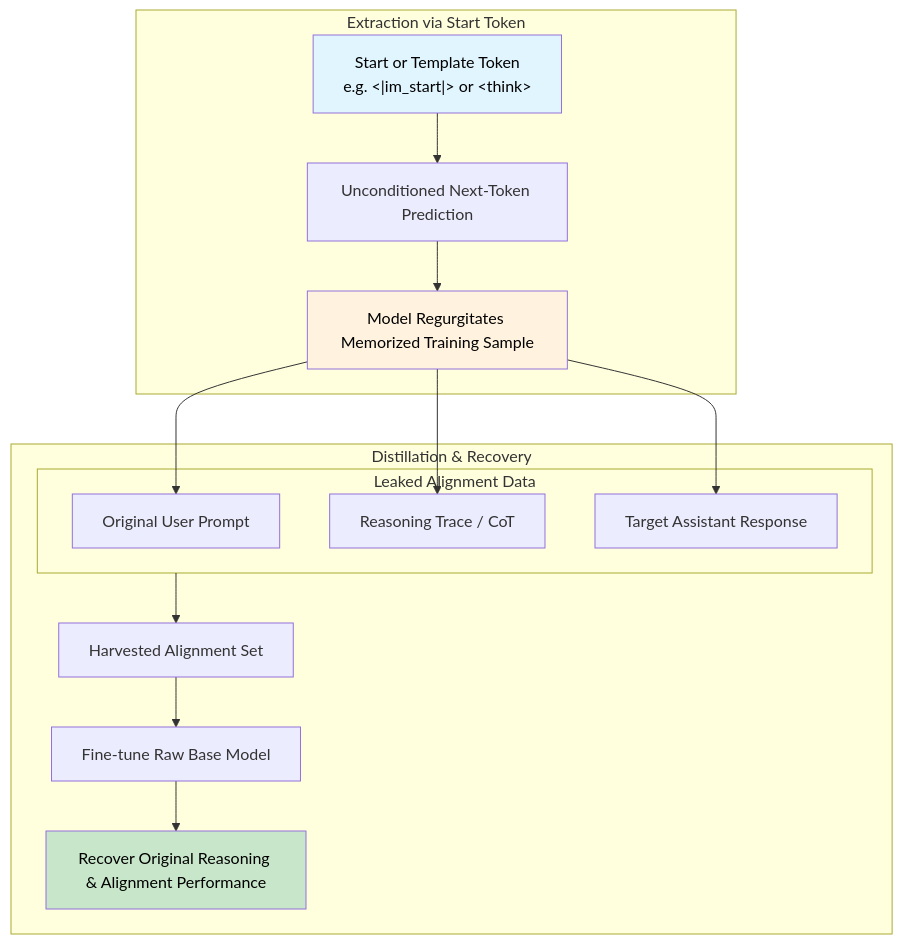
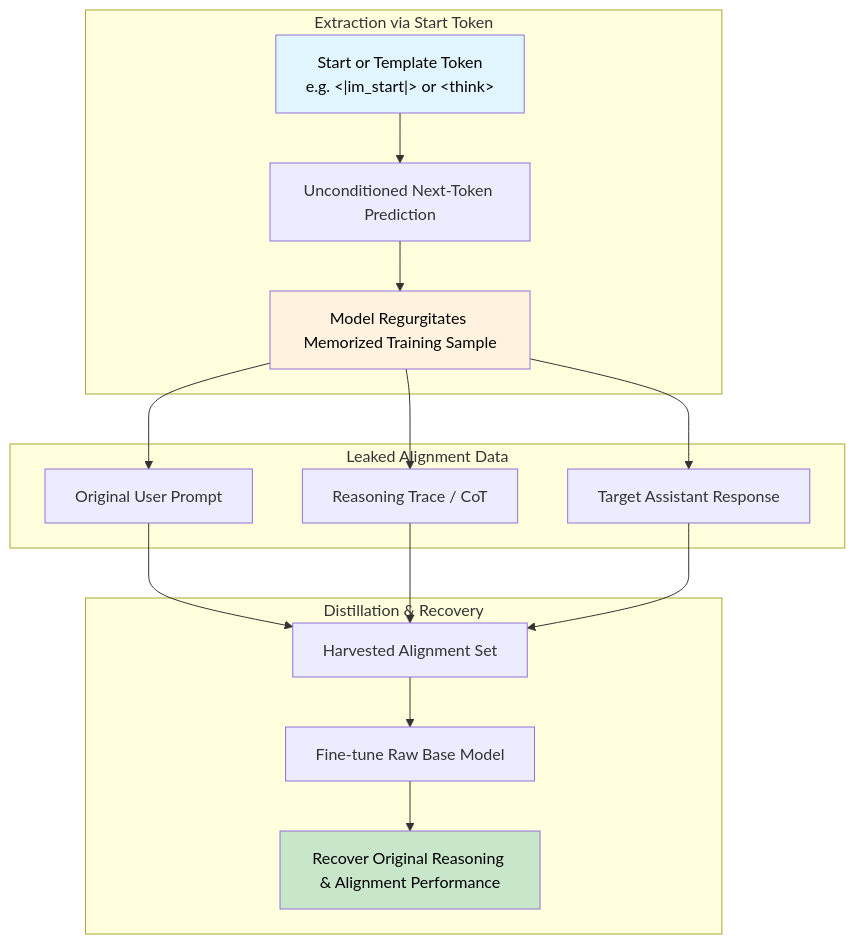
One commit to gel/gel.github.io changed the first of 4 diagrams in content/generative-ai/2-genai-research/7_genai_security.md. Above: the diagram before and after it, drawn with Mermaid. The commit also changed 1 other file, not shown here.

Commit message:
fix(genai): make Mermaid diagrams dark-mode friendly by removing subgraph fills

````diff
--- a/content/generative-ai/2-genai-research/7_genai_security.md
+++ b/content/generative-ai/2-genai-research/7_genai_security.md
@@ -11,23 +11,23 @@
 ```mermaid
 flowchart TD
     subgraph Attack["Extraction via Start Token"]
         Prefix["Start or Template Token<br/>e.g. &lt;|im_start|&gt; or &lt;think&gt;"] --> Autoregressive["Unconditioned Next-Token Prediction"]
         Autoregressive --> Regurgitate["Model Regurgitates Memorized Training Sample"]
     end
 
     subgraph Output["Leaked Alignment Data"]
         Regurgitate --> P["Original User Prompt"]
         Regurgitate --> R["Reasoning Trace / CoT"]
         Regurgitate --> A["Target Assistant Response"]
     end
 
     subgraph Impact["Distillation & Recovery"]
-        Output --> Dataset["Harvested Alignment Set"]
+        P & R & A --> Dataset["Harvested Alignment Set"]
         Dataset --> Retrain["Fine-tune Raw Base Model"]
         Retrain --> Recovery["Recover Original Reasoning & Alignment Performance"]
     end
 
     style Prefix fill:#e1f5fe,color:#000
     style Regurgitate fill:#fff3e0,color:#000
     style Recovery fill:#c8e6c9,color:#000
 ```
````
